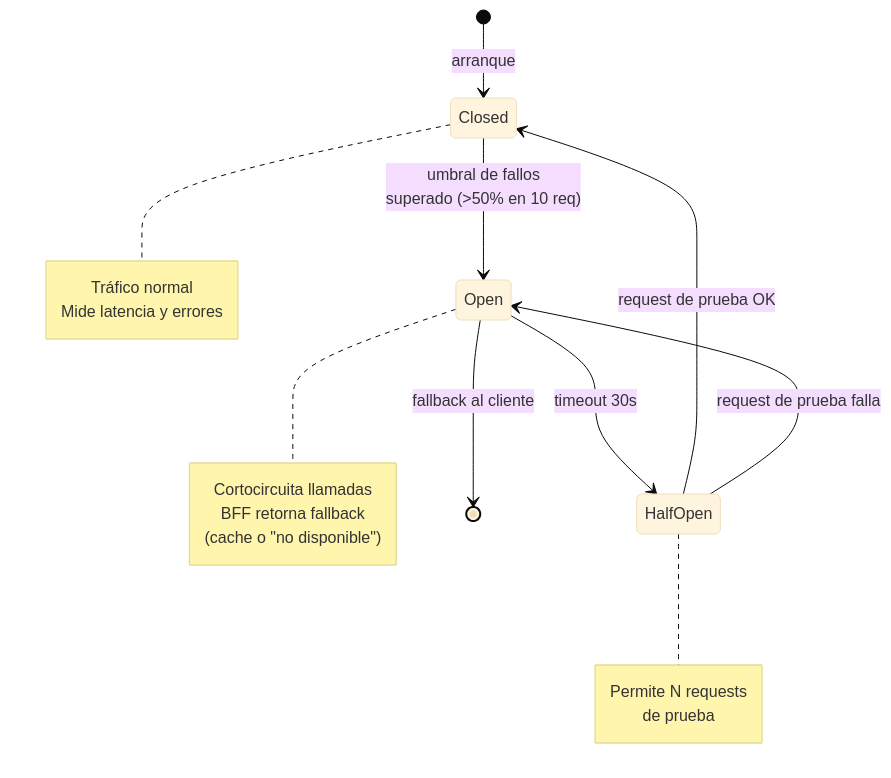
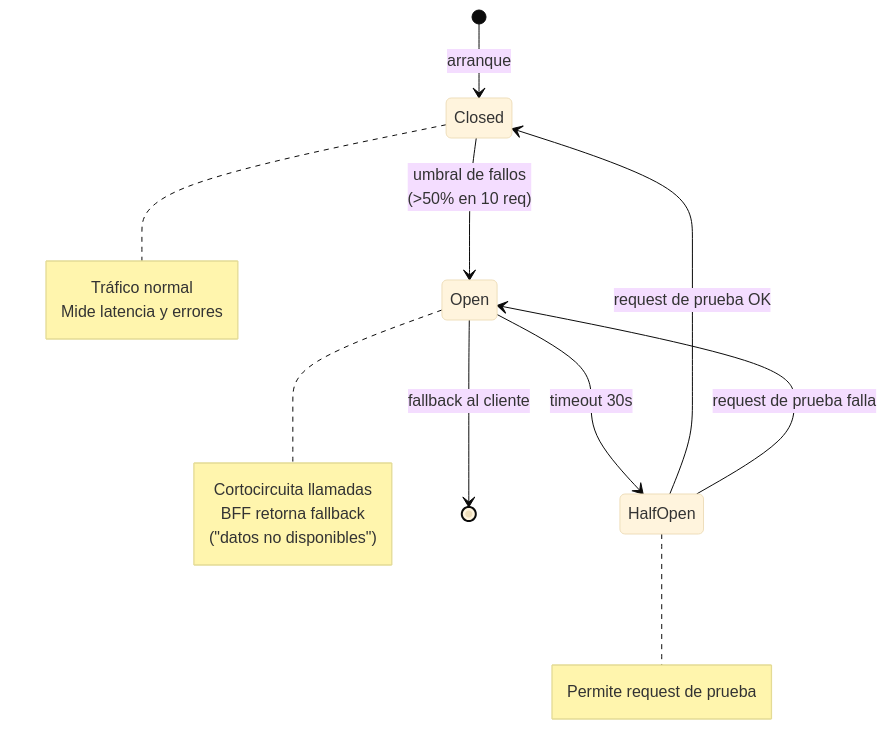
Before and after one commit to najescobar-ui/innovatechSolutionNEEP_FS: the sixth of 7 diagrams in README.md, drawn with Mermaid (base theme). The commit also changed other lines of this file, not shown here.

````diff
--- a/README.md
+++ b/README.md
@@ -254,25 +286,24 @@
 ```mermaid
 stateDiagram-v2
     [*] --> Closed: arranque
-    Closed --> Open: umbral de fallos<br/>superado (>50% en 10 req)
+    Closed --> Open: umbral de fallos<br/>(>50% en 10 req)
     Open --> HalfOpen: timeout 30s
     HalfOpen --> Closed: request de prueba OK
     HalfOpen --> Open: request de prueba falla
     Open --> [*]: fallback al cliente
 
     note right of Closed
         Tráfico normal
         Mide latencia y errores
     end note
 
     note right of Open
         Cortocircuita llamadas
         BFF retorna fallback
-        (cache o "no disponible")
+        ("datos no disponibles")
     end note
 
     note right of HalfOpen
-        Permite N requests
-        de prueba
+        Permite request de prueba
     end note
 ```
````
